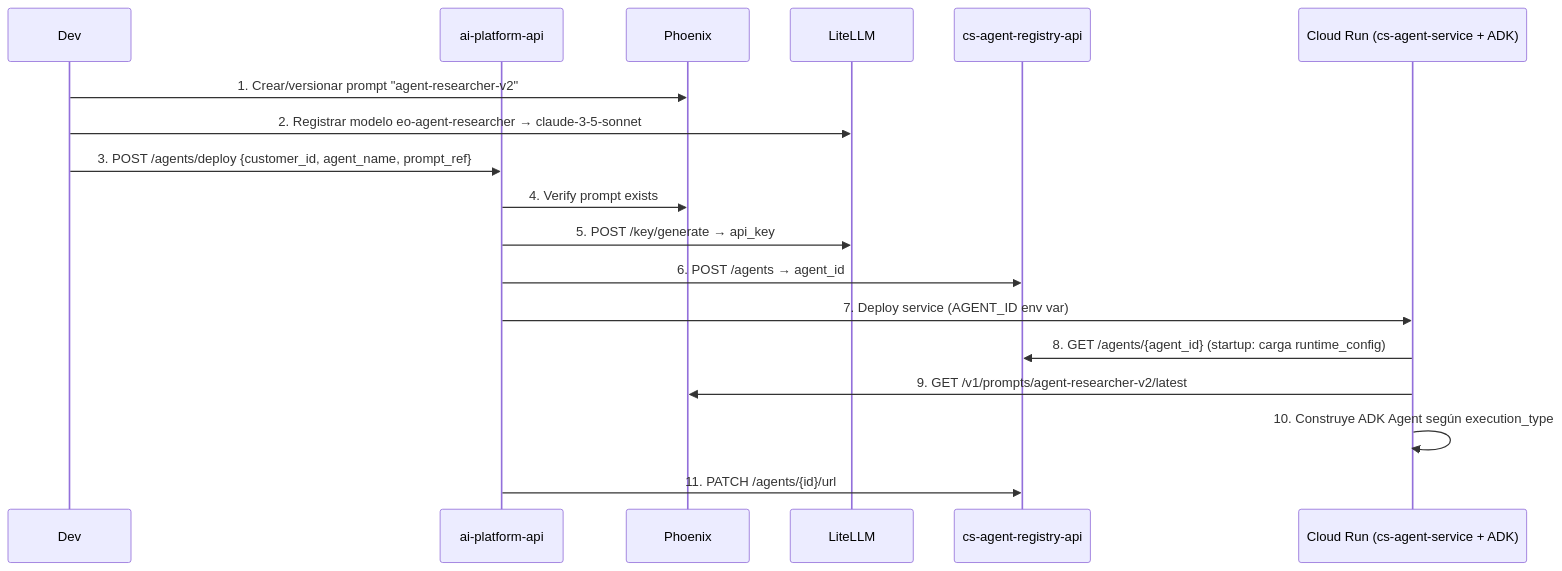
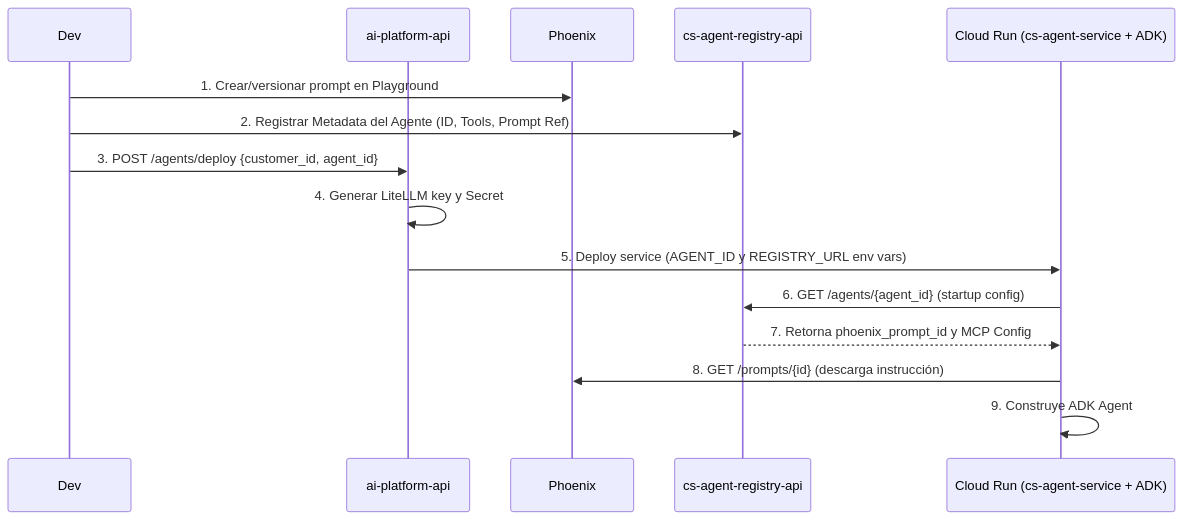
One commit to conneskills/cs-agent-service changed the first of 2 diagrams in docs/ADR-001-arquitectura-agentes.md. Above: the diagram before and after it, drawn with Mermaid. The commit also changed other lines of this file and 6 other files, not shown here.

Commit message:
feat: Implement built-in tools (`get_date_time`, `search_knowledge_base`, `http_request`), update command prefixes and TDD guidelines in documentation, and add a test hook script.

````diff
--- a/docs/ADR-001-arquitectura-agentes.md
+++ b/docs/ADR-001-arquitectura-agentes.md
@@ -533,22 +459,18 @@
 ```mermaid
 sequenceDiagram
     participant Dev
     participant PlatformAPI as ai-platform-api
     participant Phoenix
-    participant LiteLLM
     participant Registry as cs-agent-registry-api
     participant CloudRun as Cloud Run (cs-agent-service + ADK)
 
-    Dev->>Phoenix: 1. Crear/versionar prompt "agent-researcher-v2"
-    Dev->>LiteLLM: 2. Registrar modelo eo-agent-researcher → claude-3-5-sonnet
-
-    Dev->>PlatformAPI: 3. POST /agents/deploy {customer_id, agent_name, prompt_ref}
-    PlatformAPI->>Phoenix: 4. Verify prompt exists
-    PlatformAPI->>LiteLLM: 5. POST /key/generate → api_key
-    PlatformAPI->>Registry: 6. POST /agents → agent_id
-    PlatformAPI->>CloudRun: 7. Deploy service (AGENT_ID env var)
-    CloudRun->>Registry: 8. GET /agents/{agent_id} (startup: carga runtime_config)
-    CloudRun->>Phoenix: 9. GET /v1/prompts/agent-researcher-v2/latest
-    CloudRun->>CloudRun: 10. Construye ADK Agent según execution_type
-    PlatformAPI->>Registry: 11. PATCH /agents/{id}/url
+    Dev->>Phoenix: 1. Crear/versionar prompt en Playground
+    Dev->>Registry: 2. Registrar Metadata del Agente (ID, Tools, Prompt Ref)
+    Dev->>PlatformAPI: 3. POST /agents/deploy {customer_id, agent_id}
+    PlatformAPI->>PlatformAPI: 4. Generar LiteLLM key y Secret
+    PlatformAPI->>CloudRun: 5. Deploy service (AGENT_ID y REGISTRY_URL env vars)
+    CloudRun->>Registry: 6. GET /agents/{agent_id} (startup config)
+    Registry-->>CloudRun: 7. Retorna phoenix_prompt_id y MCP Config
+    CloudRun->>Phoenix: 8. GET /prompts/{id} (descarga instrucción)
+    CloudRun->>CloudRun: 9. Construye ADK Agent
 ```
````
